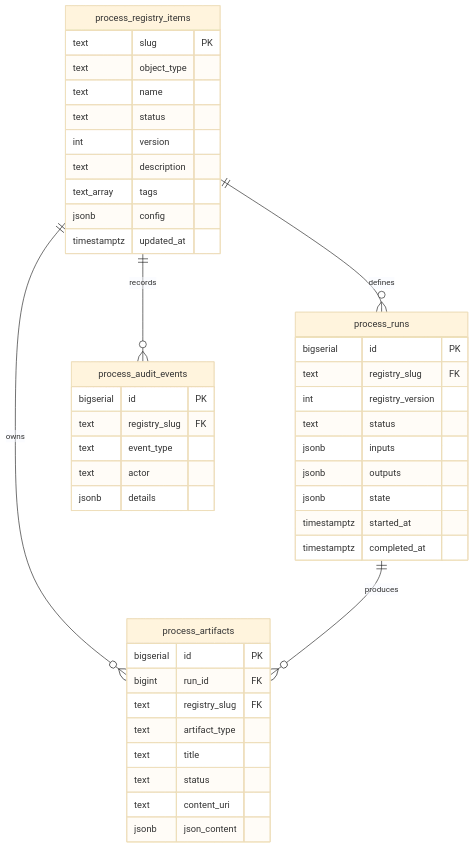
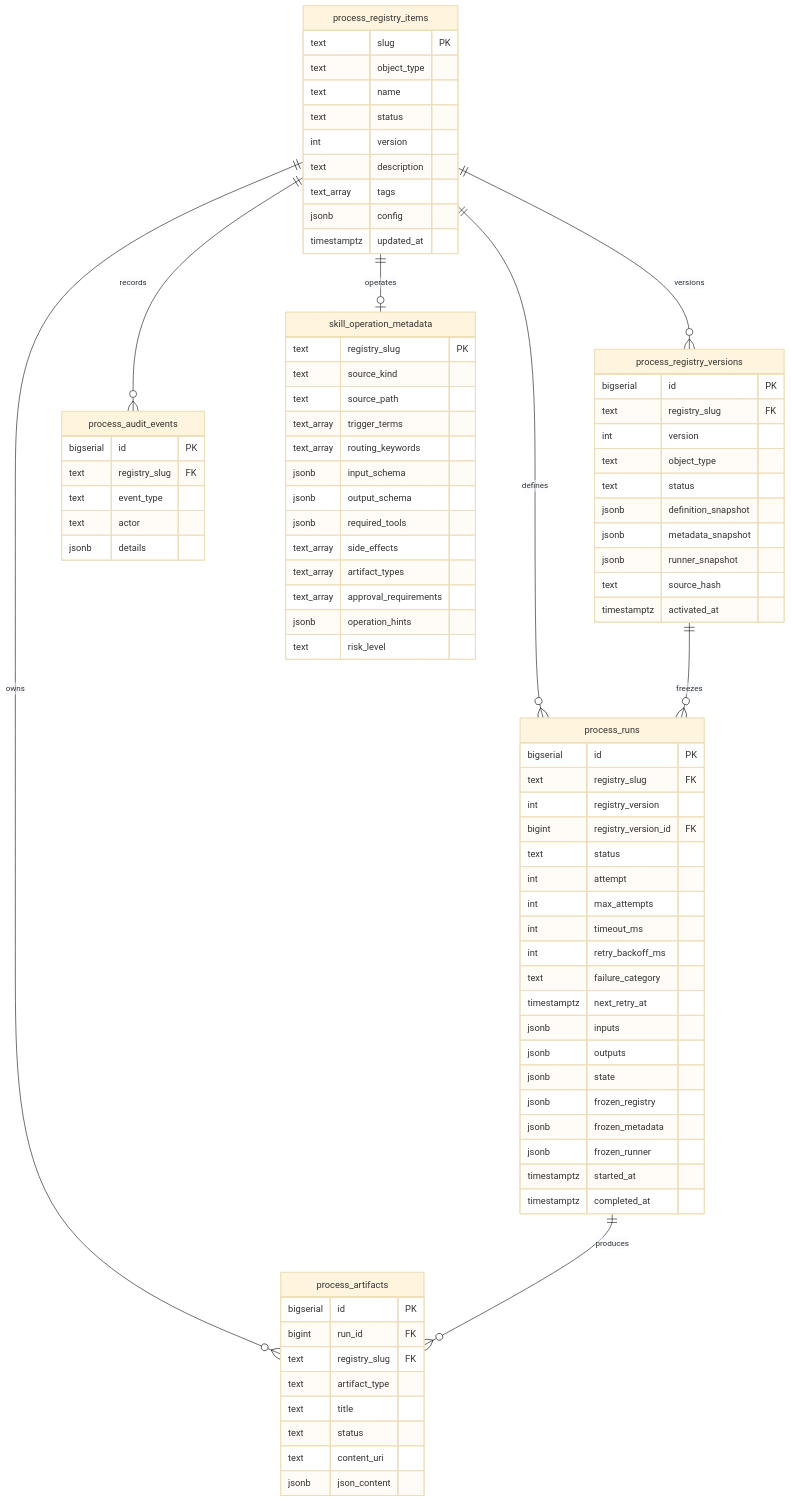
Before and after one commit to SDG223157/watchinglist-app: the fourth of 7 diagrams in docs/process-registry-architecture.md, drawn with Mermaid (base theme). The commit also changed other lines of this file, not shown here.

Commit message:
Complete WPR architecture documentation

````diff
--- a/docs/process-registry-architecture.md
+++ b/docs/process-registry-architecture.md
@@ -192,9 +235,12 @@
 ```mermaid
 erDiagram
   process_registry_items ||--o{ process_runs : "defines"
+  process_registry_items ||--o{ process_registry_versions : "versions"
   process_registry_items ||--o{ process_artifacts : "owns"
   process_registry_items ||--o{ process_audit_events : "records"
+  process_registry_versions ||--o{ process_runs : "freezes"
   process_runs ||--o{ process_artifacts : "produces"
+  process_registry_items ||--o| skill_operation_metadata : "operates"
 
   process_registry_items {
     text slug PK
@@ -212,12 +258,35 @@
     bigserial id PK
     text registry_slug FK
     int registry_version
+    bigint registry_version_id FK
     text status
+    int attempt
+    int max_attempts
+    int timeout_ms
+    int retry_backoff_ms
+    text failure_category
+    timestamptz next_retry_at
     jsonb inputs
     jsonb outputs
     jsonb state
+    jsonb frozen_registry
+    jsonb frozen_metadata
+    jsonb frozen_runner
     timestamptz started_at
     timestamptz completed_at
+  }
+
+  process_registry_versions {
+    bigserial id PK
+    text registry_slug FK
+    int version
+    text object_type
+    text status
+    jsonb definition_snapshot
+    jsonb metadata_snapshot
+    jsonb runner_snapshot
+    text source_hash
+    timestamptz activated_at
   }
 
   process_artifacts {
@@ -231,6 +300,22 @@
     jsonb json_content
   }
 
+  skill_operation_metadata {
+    text registry_slug PK
+    text source_kind
+    text source_path
+    text_array trigger_terms
+    text_array routing_keywords
+    jsonb input_schema
+    jsonb output_schema
+    jsonb required_tools
+    text_array side_effects
+    text_array artifact_types
+    text_array approval_requirements
+    jsonb operation_hints
+    text risk_level
+  }
+
   process_audit_events {
     bigserial id PK
     text registry_slug FK
````
